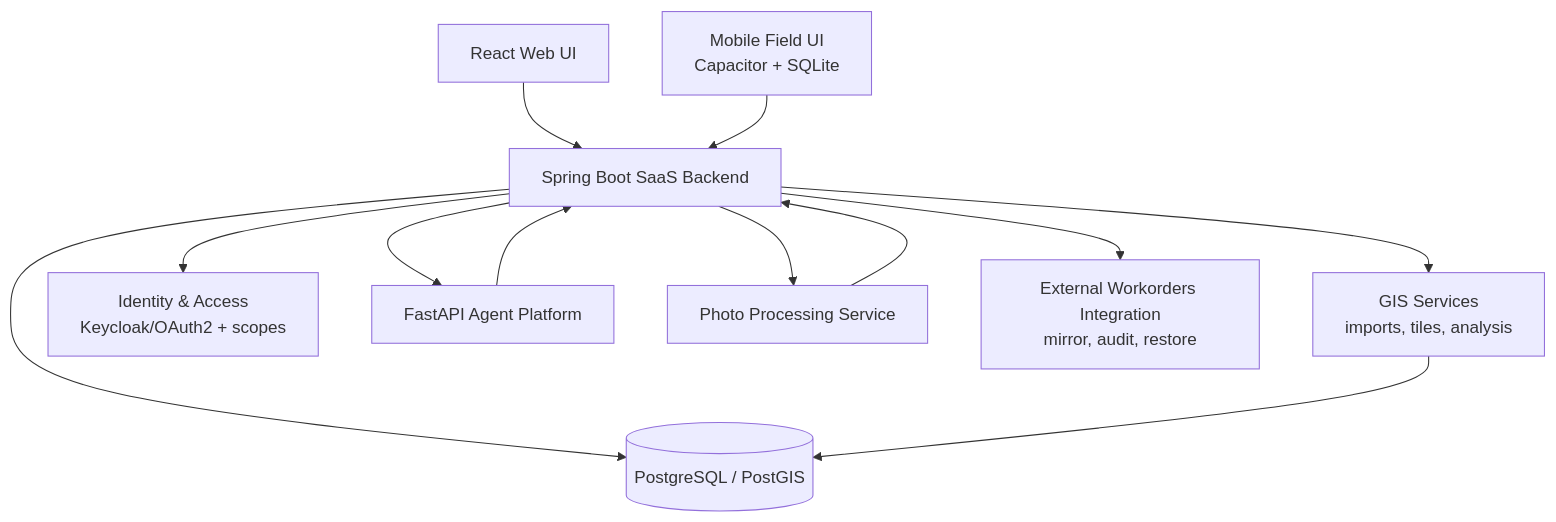
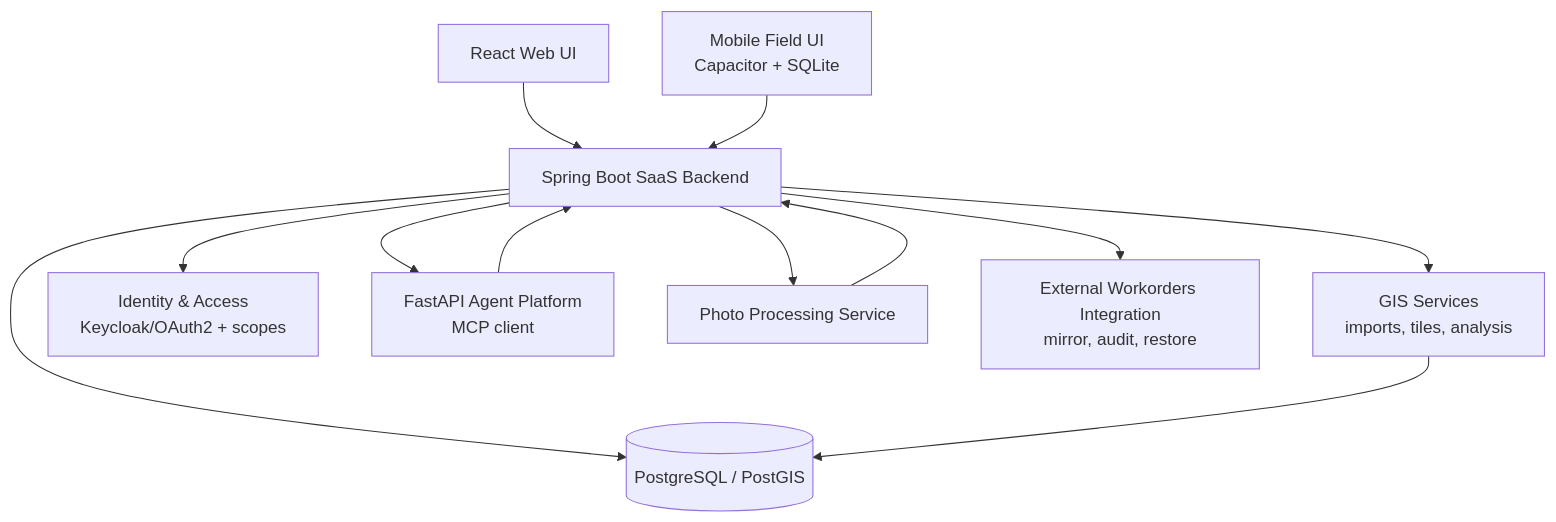
One commit to rabiiie/rsamadi-portfolio changed the diagram in case-studies/appfibra-saas-gis-ai.md. Above: the diagram before and after it, drawn with Mermaid. The commit also changed other lines of this file and 4 other files, not shown here.

````diff
--- a/case-studies/appfibra-saas-gis-ai.md
+++ b/case-studies/appfibra-saas-gis-ai.md
@@ -122,15 +119,15 @@
 ```mermaid
 flowchart TB
     UI["React Web UI"] --> API["Spring Boot SaaS Backend"]
     Field["Mobile Field UI<br/>Capacitor + SQLite"] --> API
     API --> DB[("PostgreSQL / PostGIS")]
     API --> GIS["GIS Services<br/>imports, tiles, analysis"]
     API --> IAM["Identity & Access<br/>Keycloak/OAuth2 + scopes"]
-    API --> Agent["FastAPI Agent Platform"]
+    API --> Agent["FastAPI Agent Platform<br/>MCP client"]
     API --> Photo["Photo Processing Service"]
     API --> Ext["External Workorders Integration<br/>mirror, audit, restore"]
 
     GIS --> DB
     Agent --> API
     Photo --> API
 ```
````
